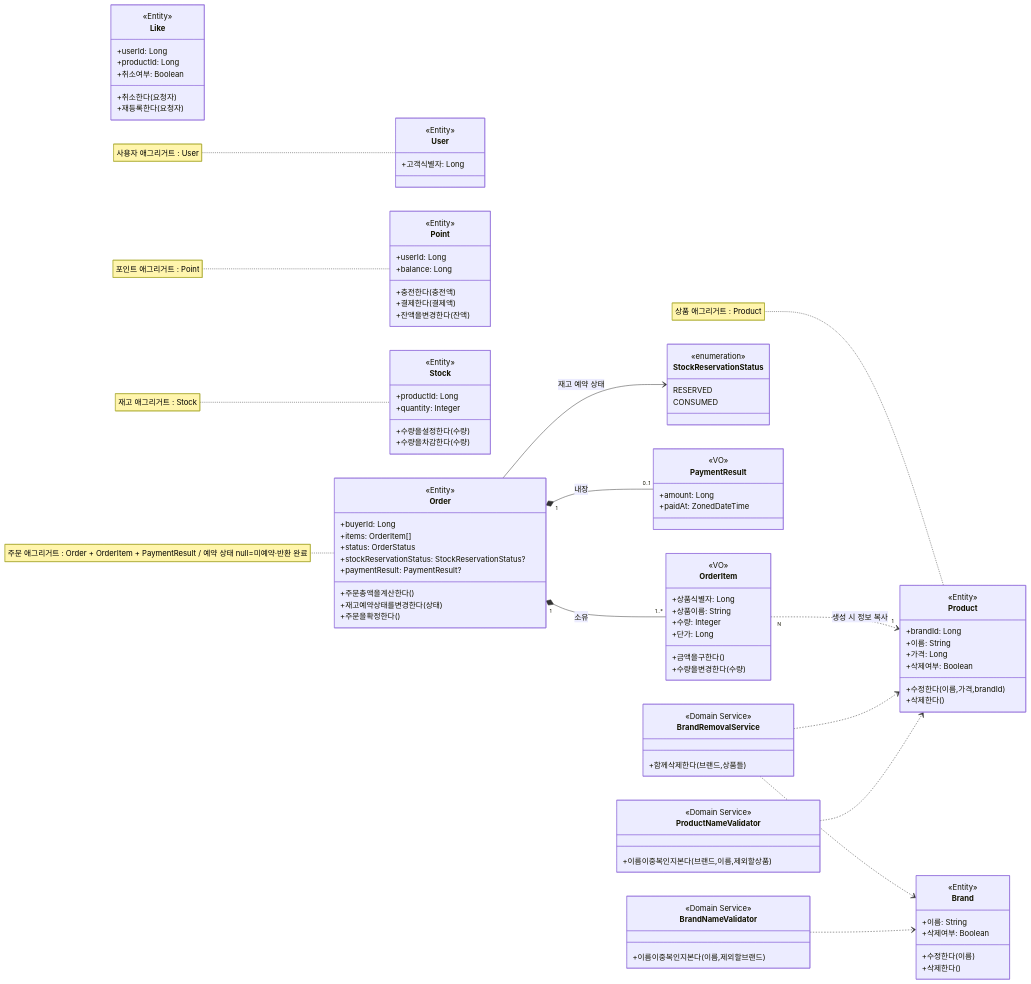
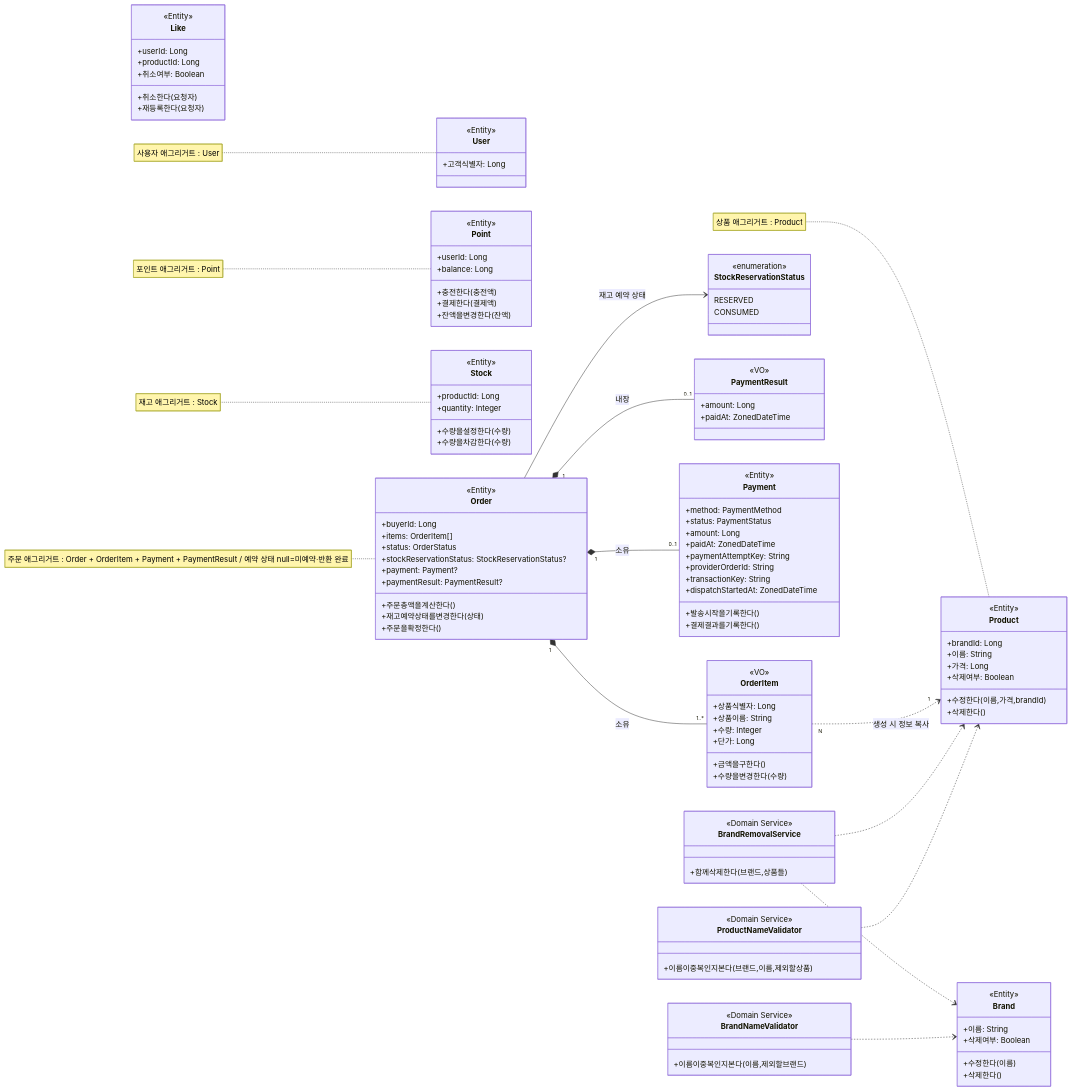
The diagram in docs/week2/domain-relations.md (jeongye01/loop-pack-be-l2-vol5-java), drawn with Mermaid before and after one commit. The commit also changed 3 other files, not shown here.

```diff
--- a/docs/week2/domain-relations.md
+++ b/docs/week2/domain-relations.md
@@ -51,6 +51,7 @@
         +items: OrderItem[]
         +status: OrderStatus
         +stockReservationStatus: StockReservationStatus?
+        +payment: Payment?
         +paymentResult: PaymentResult?
         +주문총액을계산한다()
         +재고예약상태를변경한다(상태)
@@ -75,8 +76,22 @@
         +amount: Long
         +paidAt: ZonedDateTime
     }
+    class Payment {
+        <<Entity>>
+        +method: PaymentMethod
+        +status: PaymentStatus
+        +amount: Long
+        +paidAt: ZonedDateTime
+        +paymentAttemptKey: String
+        +providerOrderId: String
+        +transactionKey: String
+        +dispatchStartedAt: ZonedDateTime
+        +발송시작을기록한다()
+        +결제결과를기록한다()
+    }
 
     Order "1" *-- "1..*" OrderItem : 소유
+    Order "1" *-- "0..1" Payment : 소유
     Order "1" *-- "0..1" PaymentResult : 내장
     Order --> StockReservationStatus : 재고 예약 상태
     OrderItem "N" ..> "1" Product : 생성 시 정보 복사
@@ -85,7 +100,7 @@
     note for Point "포인트 애그리거트 : Point"
     note for Product "상품 애그리거트 : Product"
     note for Stock "재고 애그리거트 : Stock"
-    note for Order "주문 애그리거트 : Order + OrderItem + PaymentResult / 예약 상태 null=미예약·반환 완료"
+    note for Order "주문 애그리거트 : Order + OrderItem + Payment + PaymentResult / 예약 상태 null=미예약·반환 완료"
 
     class BrandRemovalService {
         <<Domain Service>>
```
